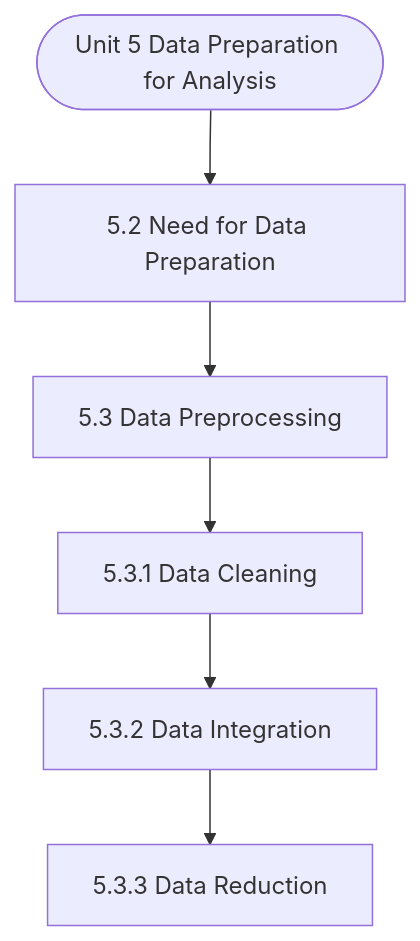
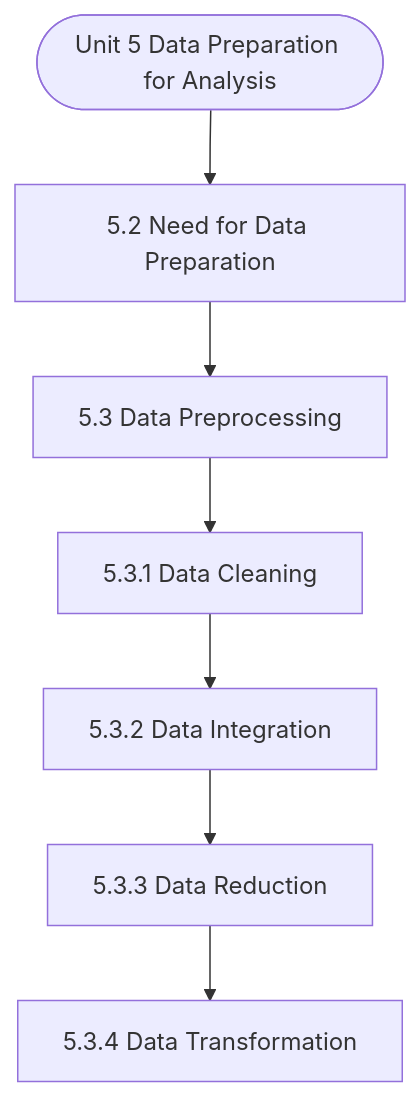
The diagram in notes/Semester_1/MCS-062_Introduction_to_Data_Science/unit_05_Data_Preparation_for_Analysis.md (Asutosh-Coaching/mscdsa), drawn with Mermaid before and after one commit. The commit also changed other lines of this file and 116 other files, not shown here.

````diff
--- a/notes/Semester_1/MCS-062_Introduction_to_Data_Science/unit_05_Data_Preparation_for_Analysis.md
+++ b/notes/Semester_1/MCS-062_Introduction_to_Data_Science/unit_05_Data_Preparation_for_Analysis.md
@@ -19,14 +19,16 @@
 ```mermaid
 flowchart TD
   Start(["Unit 5 Data Preparation for Analysis"])
   N1["5.2 Need for Data Preparation"]
   N2["5.3 Data Preprocessing"]
   N3["5.3.1 Data Cleaning"]
   N4["5.3.2 Data Integration"]
   N5["5.3.3 Data Reduction"]
+  N6["5.3.4 Data Transformation"]
   Start --> N1
   N1 --> N2
   N2 --> N3
   N3 --> N4
   N4 --> N5
+  N5 --> N6
 ```
````
